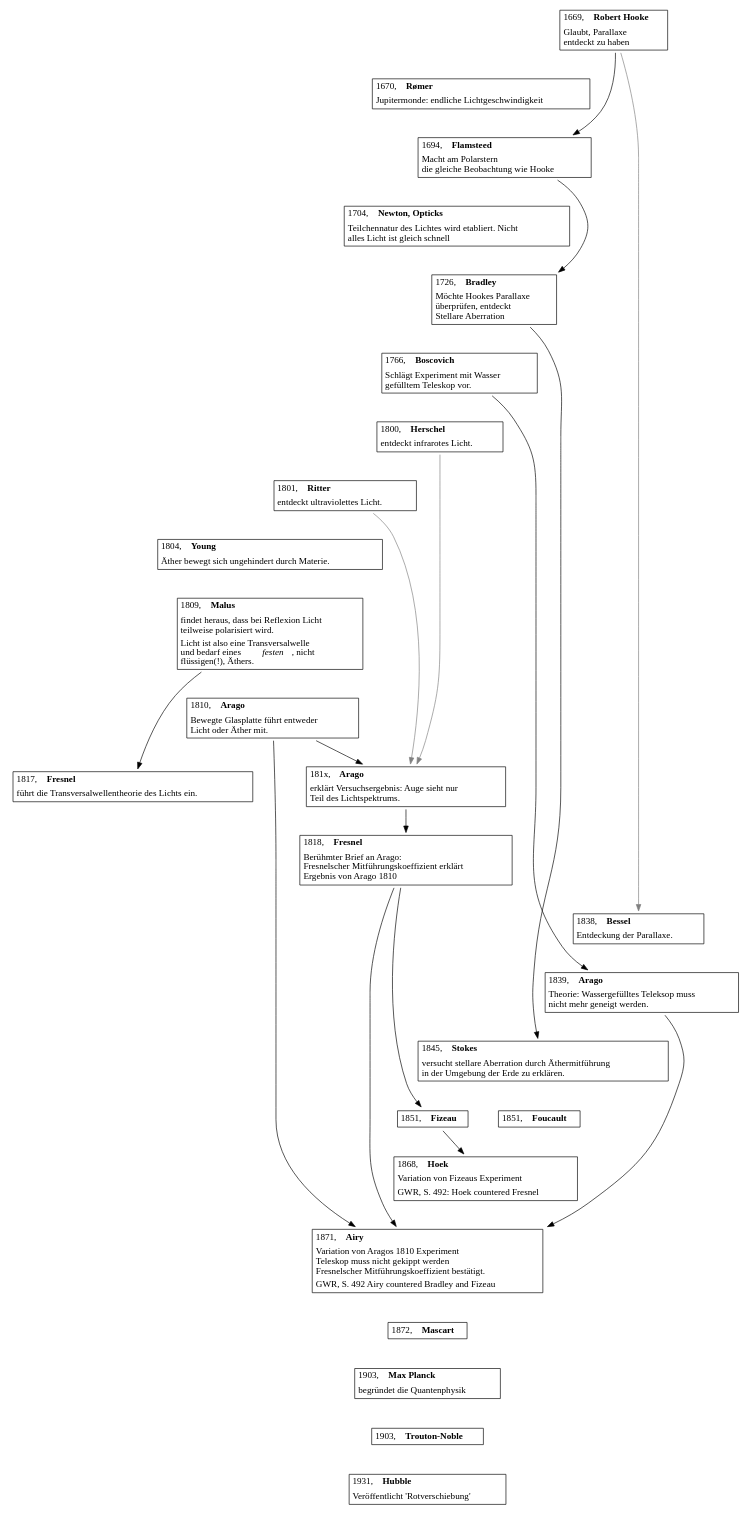
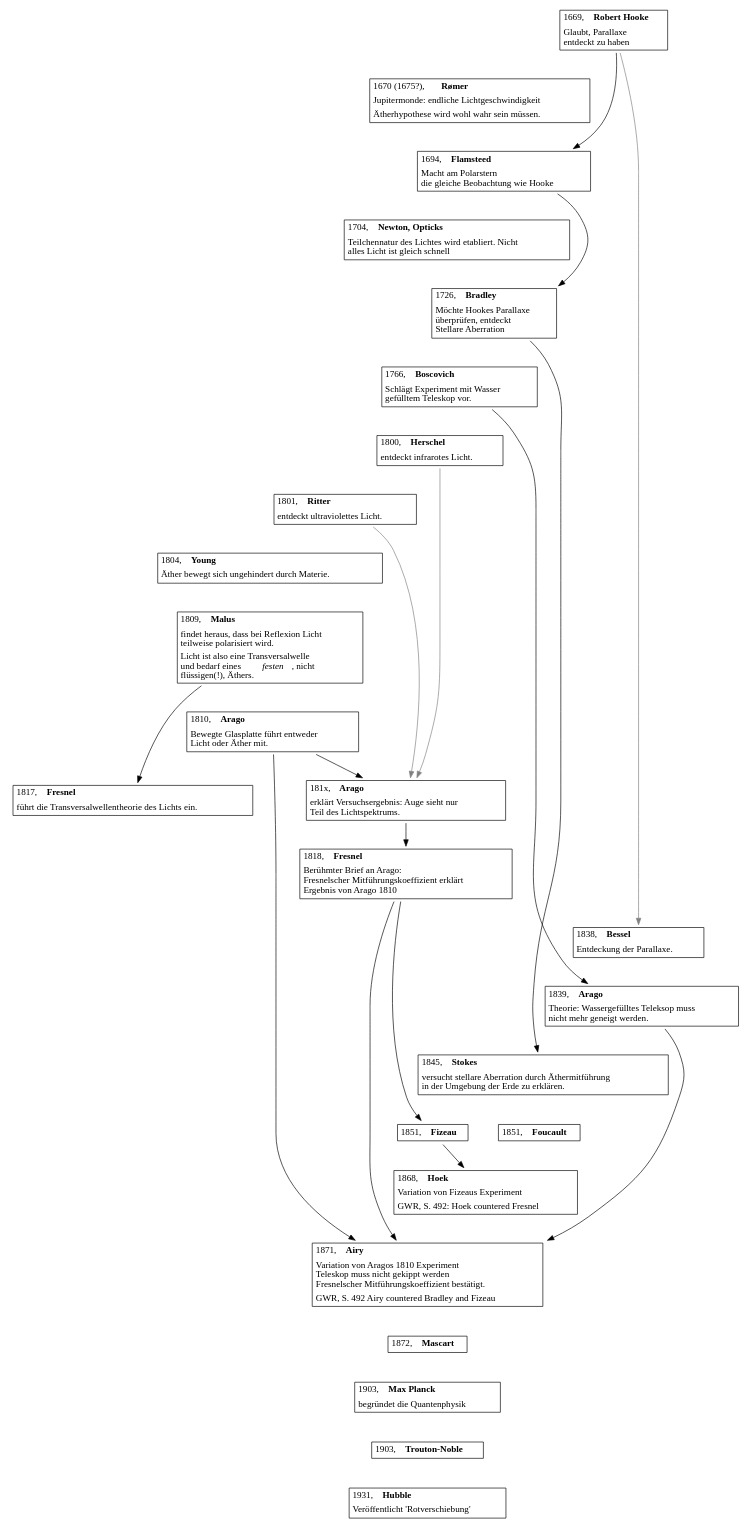
Before and after one commit to ReneNyffenegger/Geschichte-der-Wissenschaft: the diagram in Ablauf.dot, drawn with Graphviz.

Commit message:
Roemer -> Aether

```diff
--- a/Ablauf.dot
+++ b/Ablauf.dot
@@ -15,8 +15,9 @@
    j_1670_Roemer [
      label = <
        <table border="1" cellborder="0">
-       <tr><td align="left">1670, <b>Rømer</b></td></tr>
+       <tr><td align="left">1670 (1675?), <b>Rømer</b></td></tr>
        <tr><td align="left">Jupitermonde: endliche Lichtgeschwindigkeit</td></tr>
+       <tr><td align="left">Ätherhypothese wird wohl wahr sein müssen.</td></tr>
        </table>
      >
    ];
```
